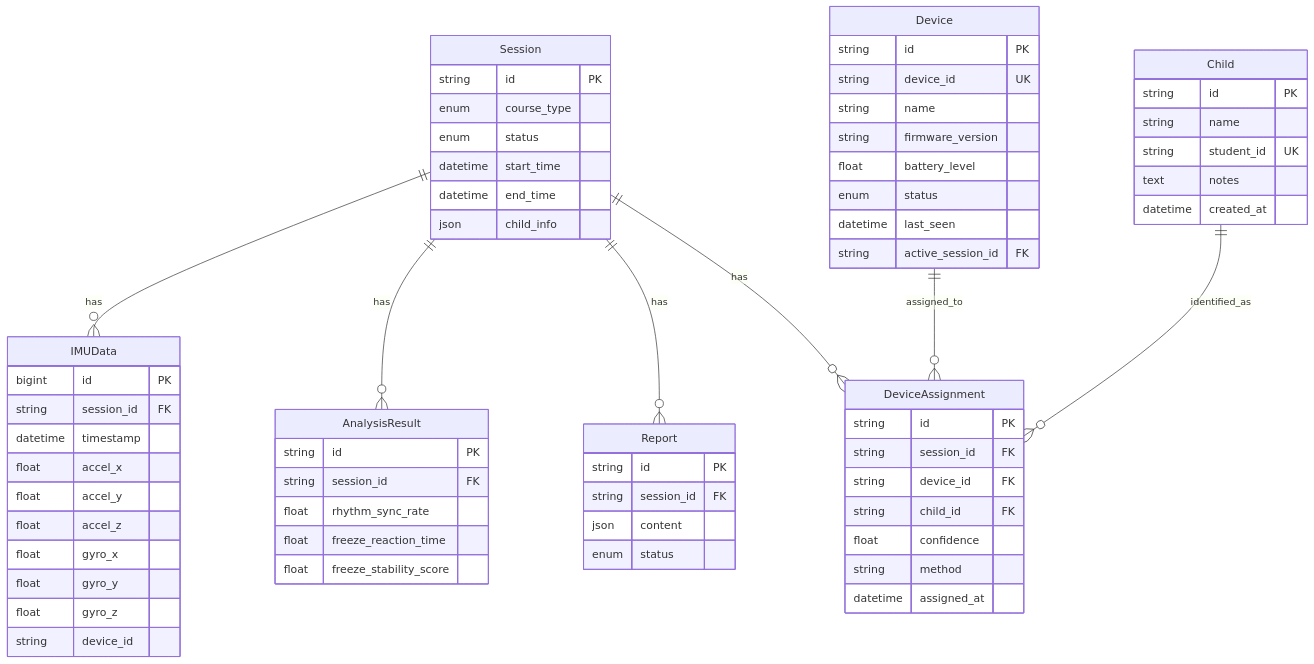
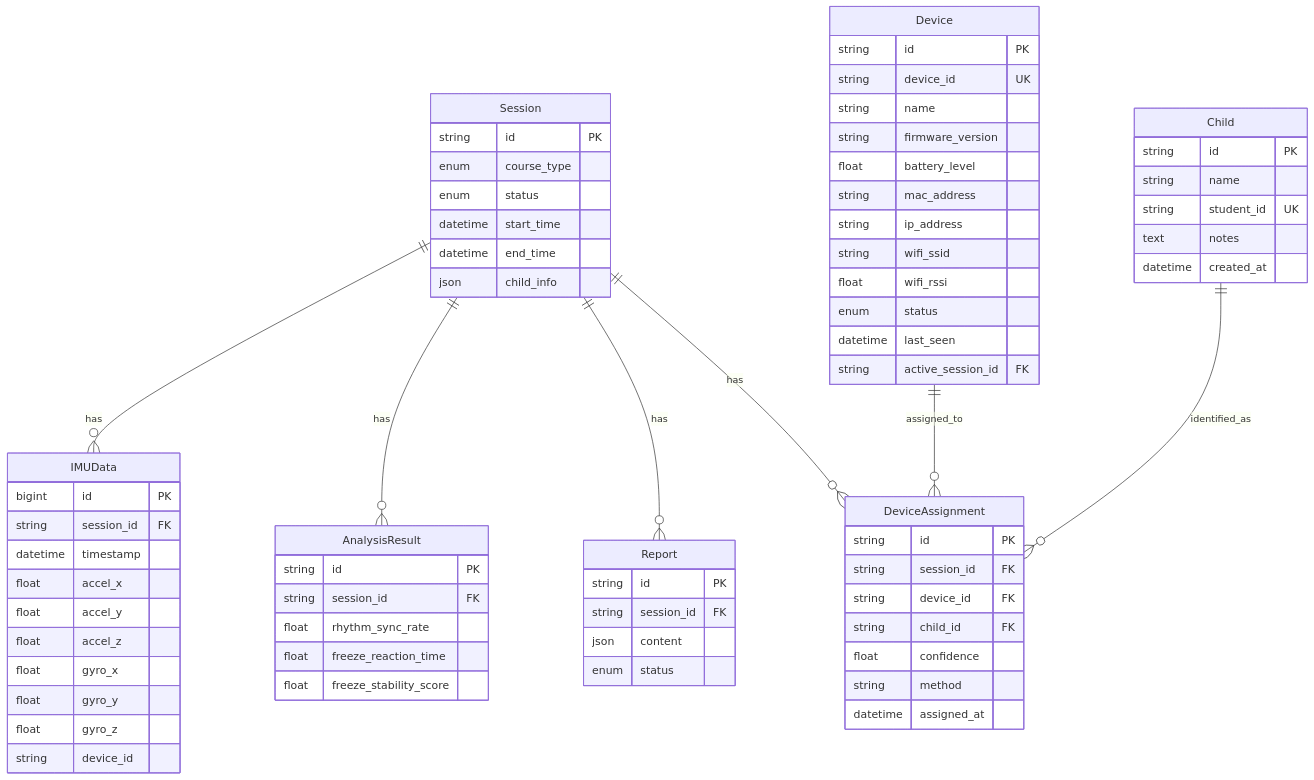
Before and after one commit to HMEAYC/NSTC: the diagram in OPERATION.md, drawn with Mermaid. The commit also changed other lines of this file and 8 other files, not shown here.

First line of the commit message:
fix: SoftAP captive portal DNS server, MAC address in registration, device name preservation

````diff
--- a/OPERATION.md
+++ b/OPERATION.md
@@ -1013,75 +1040,79 @@
 ```mermaid
 erDiagram
     Session ||--o{ IMUData : has
     Session ||--o{ AnalysisResult : has
     Session ||--o{ Report : has
     Session ||--o{ DeviceAssignment : has
     Device ||--o{ DeviceAssignment : assigned_to
     Child ||--o{ DeviceAssignment : identified_as
 
     Session {
         string id PK
         enum course_type
         enum status
         datetime start_time
         datetime end_time
         json child_info
     }
 
     Device {
         string id PK
         string device_id UK
         string name
         string firmware_version
         float battery_level
+        string mac_address
+        string ip_address
+        string wifi_ssid
+        float wifi_rssi
         enum status
         datetime last_seen
         string active_session_id FK
     }
 
     Child {
         string id PK
         string name
         string student_id UK
         text notes
         datetime created_at
     }
 
     DeviceAssignment {
         string id PK
         string session_id FK
         string device_id FK
         string child_id FK
         float confidence
         string method
         datetime assigned_at
     }
 
     IMUData {
         bigint id PK
         string session_id FK
         datetime timestamp
         float accel_x
         float accel_y
         float accel_z
         float gyro_x
         float gyro_y
         float gyro_z
         string device_id
     }
 
     AnalysisResult {
         string id PK
         string session_id FK
         float rhythm_sync_rate
         float freeze_reaction_time
         float freeze_stability_score
     }
 
     Report {
         string id PK
         string session_id FK
         json content
         enum status
     }
 ```
````
